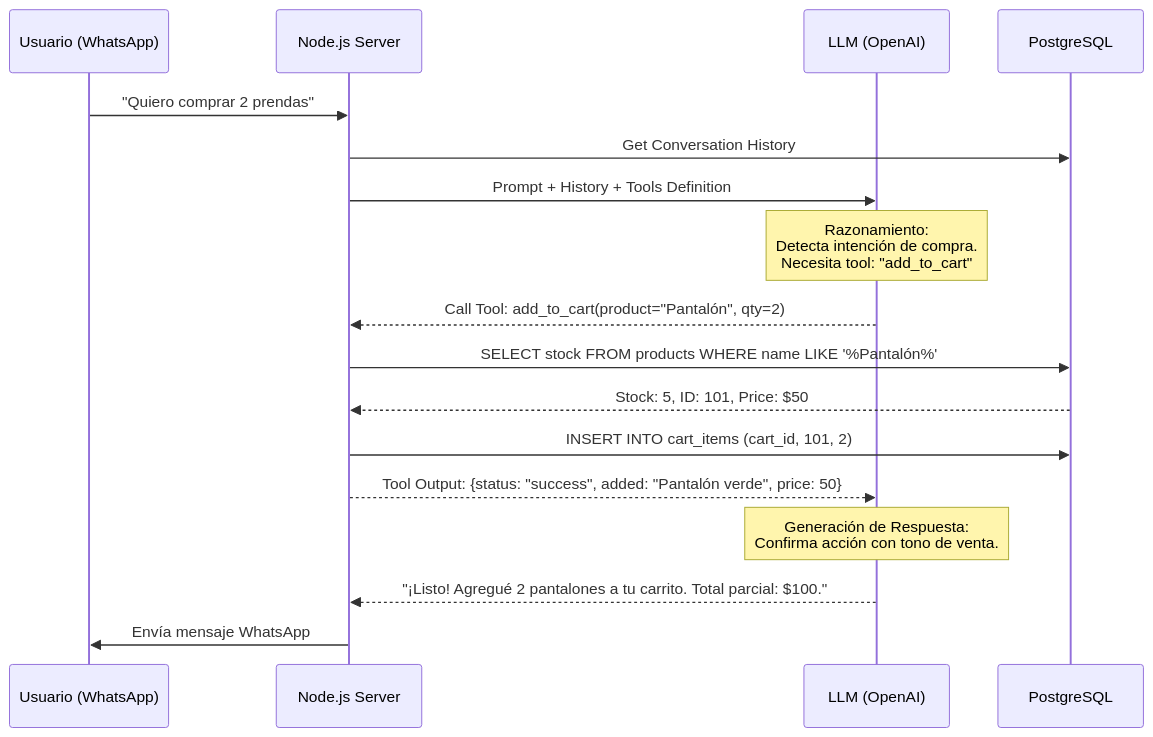
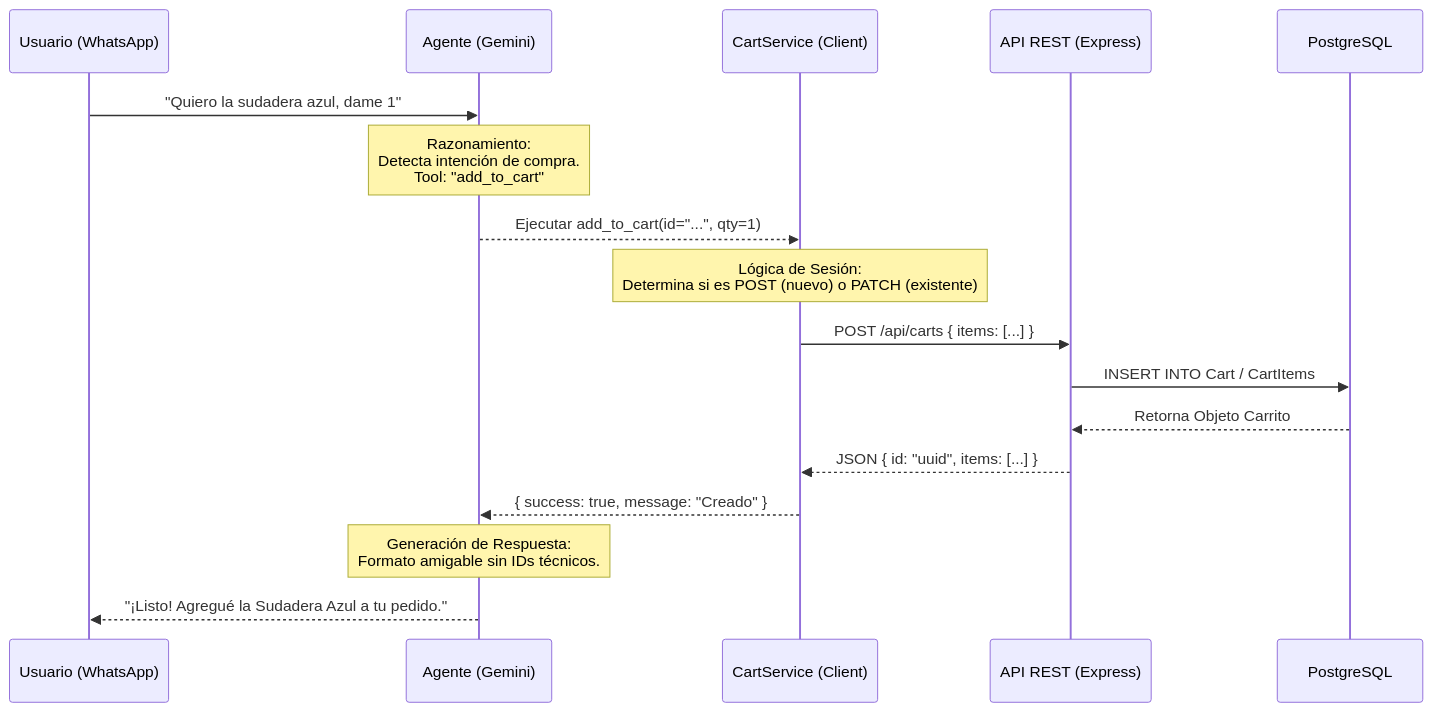
Before and after one commit to AFacundoOrtiz/laburen-ai-agent: the second of 2 diagrams in docs/CONCEPTUAL_DESIGN.md, drawn with Mermaid. The commit also changed other lines of this file, not shown here.

````diff
--- a/docs/CONCEPTUAL_DESIGN.md
+++ b/docs/CONCEPTUAL_DESIGN.md
@@ -42,24 +43,26 @@
 ```mermaid
 sequenceDiagram
     participant User as Usuario (WhatsApp)
-    participant Backend as Node.js Server
-    participant AI as LLM (OpenAI)
+    participant Agent as Agente (Gemini)
+    participant Service as CartService (Client)
+    participant API as API REST (Express)
     participant DB as PostgreSQL
 
-    User->>Backend: "Quiero comprar 2 prendas"
-    Backend->>DB: Get Conversation History
-    Backend->>AI: Prompt + History + Tools Definition
+    User->>Agent: "Quiero la sudadera azul, dame 1"
     
-    Note over AI: Razonamiento: <br/>Detecta intención de compra.<br/>Necesita tool: "add_to_cart"
+    Note over Agent: Razonamiento:<br/>Detecta intención de compra.<br/>Tool: "add_to_cart"
     
-    AI-->>Backend: Call Tool: add_to_cart(product="Pantalón", qty=2)
-    Backend->>DB: SELECT stock FROM products WHERE name LIKE '%Pantalón%'
-    DB-->>Backend: Stock: 5, ID: 101, Price: $50
-    Backend->>DB: INSERT INTO cart_items (cart_id, 101, 2)
-    Backend-->>AI: Tool Output: {status: "success", added: "Pantalón verde", price: 50}
+    Agent-->>Service: Ejecutar add_to_cart(id="...", qty=1)
     
-    Note over AI: Generación de Respuesta:<br/>Confirma acción con tono de venta.
+    Note over Service: Lógica de Sesión:<br/>Determina si es POST (nuevo) o PATCH (existente)
     
-    AI-->>Backend: "¡Listo! Agregué 2 pantalones a tu carrito. Total parcial: $100."
-    Backend->>User: Envía mensaje WhatsApp
+    Service->>API: POST /api/carts { items: [...] }
+    API->>DB: INSERT INTO Cart / CartItems
+    DB-->>API: Retorna Objeto Carrito
+    API-->>Service: JSON { id: "uuid", items: [...] }
+    Service-->>Agent: { success: true, message: "Creado" }
+    
+    Note over Agent: Generación de Respuesta:<br/>Formato amigable sin IDs técnicos.
+    
+    Agent-->>User: "¡Listo! Agregué la Sudadera Azul a tu pedido."
 ```
````
